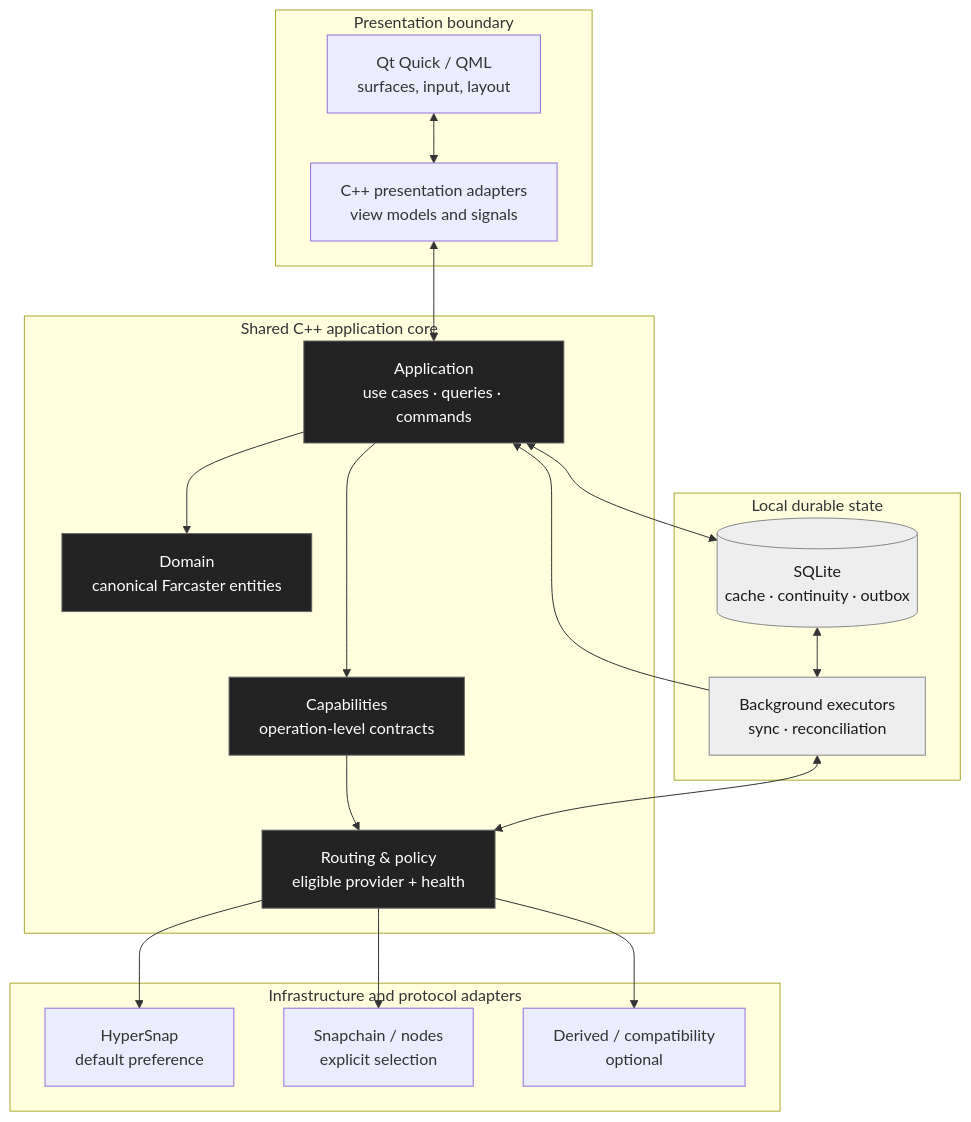
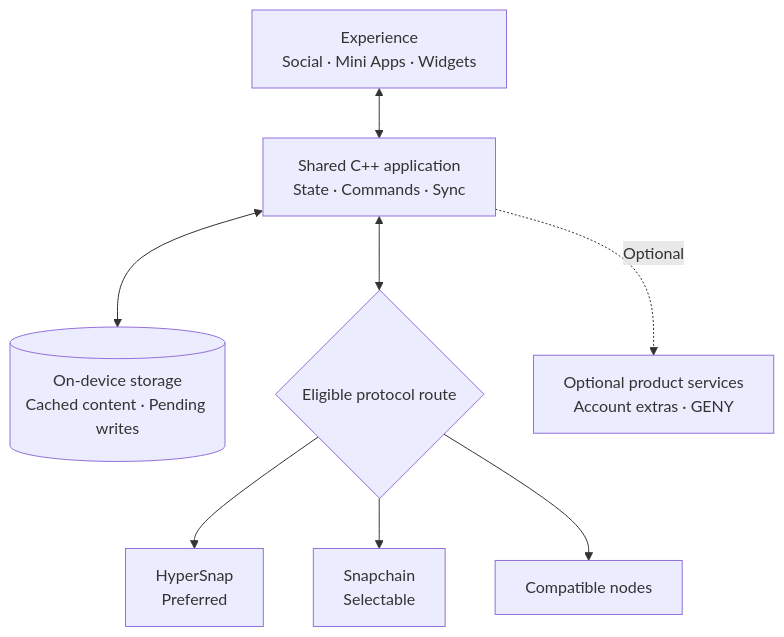
One commit to genyleap/genycaster changed the first of 5 diagrams in docs/ARCHITECTURE.md. Above: the diagram before and after it, drawn with Mermaid. The commit also changed other lines of this file and 90 other files, not shown here.

Commit message:
docs: clarify core architecture roadmap and public examples

````diff
--- a/docs/ARCHITECTURE.md
+++ b/docs/ARCHITECTURE.md
@@ -7,43 +9,19 @@
 ```mermaid
-flowchart TD
-    subgraph Experience["Presentation boundary"]
-        QML["Qt Quick / QML<br/>surfaces, input, layout"]
-        P["C++ presentation adapters<br/>view models and signals"]
-        QML <--> P
-    end
+flowchart TB
+    UI["Experience<br/>Social · Mini Apps · Widgets"]
+    CORE["Shared C++ application<br/>State · Commands · Sync"]
+    STORE[("On-device storage<br/>Cached content · Pending writes")]
+    ROUTER{"Eligible protocol route"}
+    H["HyperSnap<br/>Preferred"]
+    S["Snapchain<br/>Selectable"]
+    O["Compatible nodes"]
+    PRODUCT["Optional product services<br/>Account extras · GENY"]
 
-    subgraph Core["Shared C++ application core"]
-        A["Application<br/>use cases · queries · commands"]
-        D["Domain<br/>canonical Farcaster entities"]
-        C["Capabilities<br/>operation-level contracts"]
-        R["Routing & policy<br/>eligible provider + health"]
-        A --> D
-        A --> C
-        C --> R
-    end
-
-    subgraph State["Local durable state"]
-        S[("SQLite<br/>cache · continuity · outbox")]
-        E["Background executors<br/>sync · reconciliation"]
-        S <--> E
-    end
-
-    subgraph Adapters["Infrastructure and protocol adapters"]
-        H["HyperSnap<br/>default preference"]
-        N["Snapchain / nodes<br/>explicit selection"]
-        X["Derived / compatibility<br/>optional"]
-        R --> H
-        R --> N
-        R --> X
-    end
-
-    P <--> A
-    A <--> S
-    E <--> R
-    E --> A
-
-    classDef core fill:#232323,color:#fff,stroke:#666;
-    classDef storage fill:#eeeeee,color:#1a1a1a,stroke:#888;
-    class A,D,C,R core;
-    class S,E storage;
+    UI <--> CORE
+    CORE <--> STORE
+    CORE <--> ROUTER
+    ROUTER --> H
+    ROUTER --> S
+    ROUTER --> O
+    CORE -. "Optional" .-> PRODUCT
 ```
````
